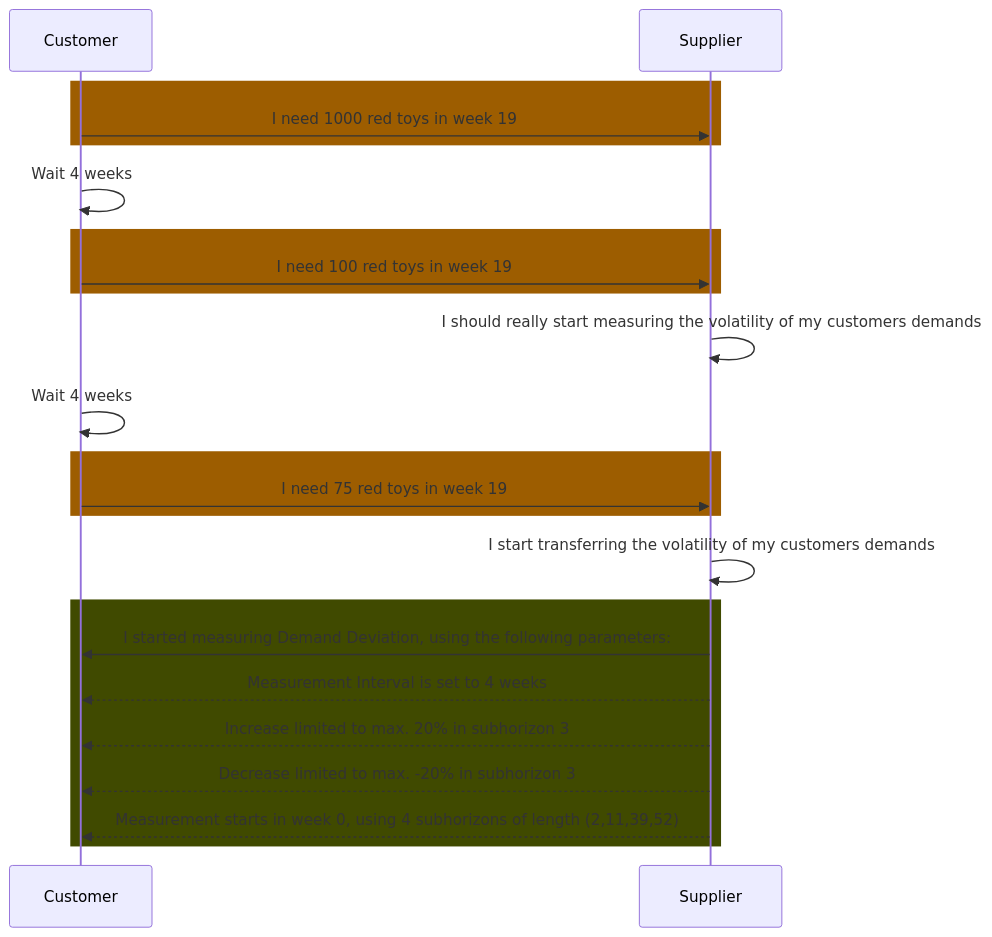
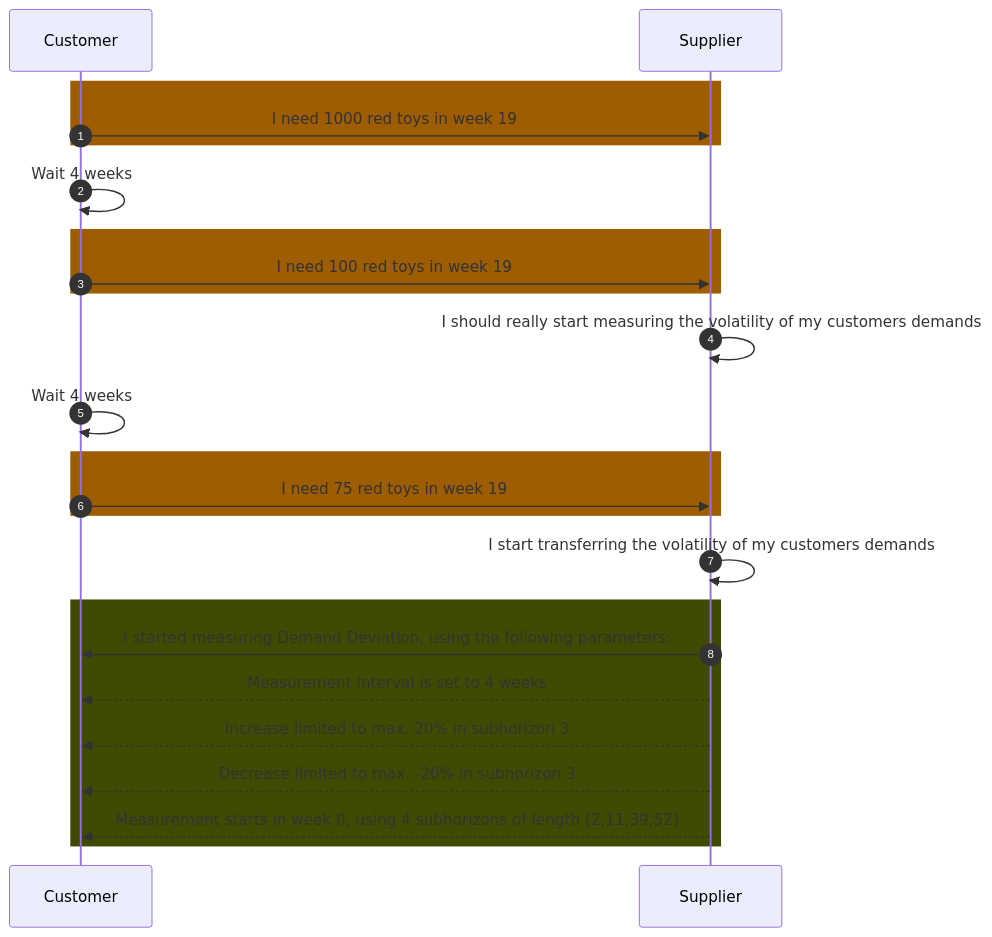
One commit to eclipse-tractusx/eclipse-tractusx.github.io changed the diagram in docs-kits/kits/Demand and Capacity Management Kit/adoption-view/use-case/demand-volatility.md. Above: the diagram before and after it, drawn with Mermaid. The commit also changed 12 other files, not shown here.

Commit message:
Added numbering to sequence diagrams

````diff
--- a/docs-kits/kits/Demand and Capacity Management Kit/adoption-view/use-case/demand-volatility.md
+++ b/docs-kits/kits/Demand and Capacity Management Kit/adoption-view/use-case/demand-volatility.md
@@ -107,25 +107,27 @@
 ```mermaid
 sequenceDiagram
+autonumber
 Participant c as Customer
 Participant s as Supplier
 rect rgb(157,93,00) 
-c->>s: I need 1000 red toys in week 19
+    c->>s: I need 1000 red toys in week 19
 end
 c->>c: Wait 4 weeks
 rect rgb(157,93,00) 
-c->>s: I need 100 red toys in week 19
+    c->>s: I need 100 red toys in week 19
 end
 s->>s: I should really start measuring the volatility of my customers demands
 c->>c: Wait 4 weeks
 rect rgb(157,93,00) 
-c->>s: I need 75 red toys in week 19
+    c->>s: I need 75 red toys in week 19
 end
 s->>s: I start transferring the volatility of my customers demands
 rect rgb(64,74,00)
-s->>c: I started measuring Demand Deviation, using the following parameters:
-s-->>c: Measurement Interval is set to 4 weeks
-s-->>c: Increase limited to max. 20% in subhorizon 3
-s-->>c: Decrease limited to max. -20% in subhorizon 3
-s-->>c: Measurement starts in week 0, using 4 subhorizons of length (2,11,39,52) 
+    s->>c: I started measuring Demand Deviation, using the following parameters:
+    autonumber off
+    s-->>c: Measurement Interval is set to 4 weeks
+    s-->>c: Increase limited to max. 20% in subhorizon 3
+    s-->>c: Decrease limited to max. -20% in subhorizon 3
+    s-->>c: Measurement starts in week 0, using 4 subhorizons of length (2,11,39,52) 
 end
 ```
````
